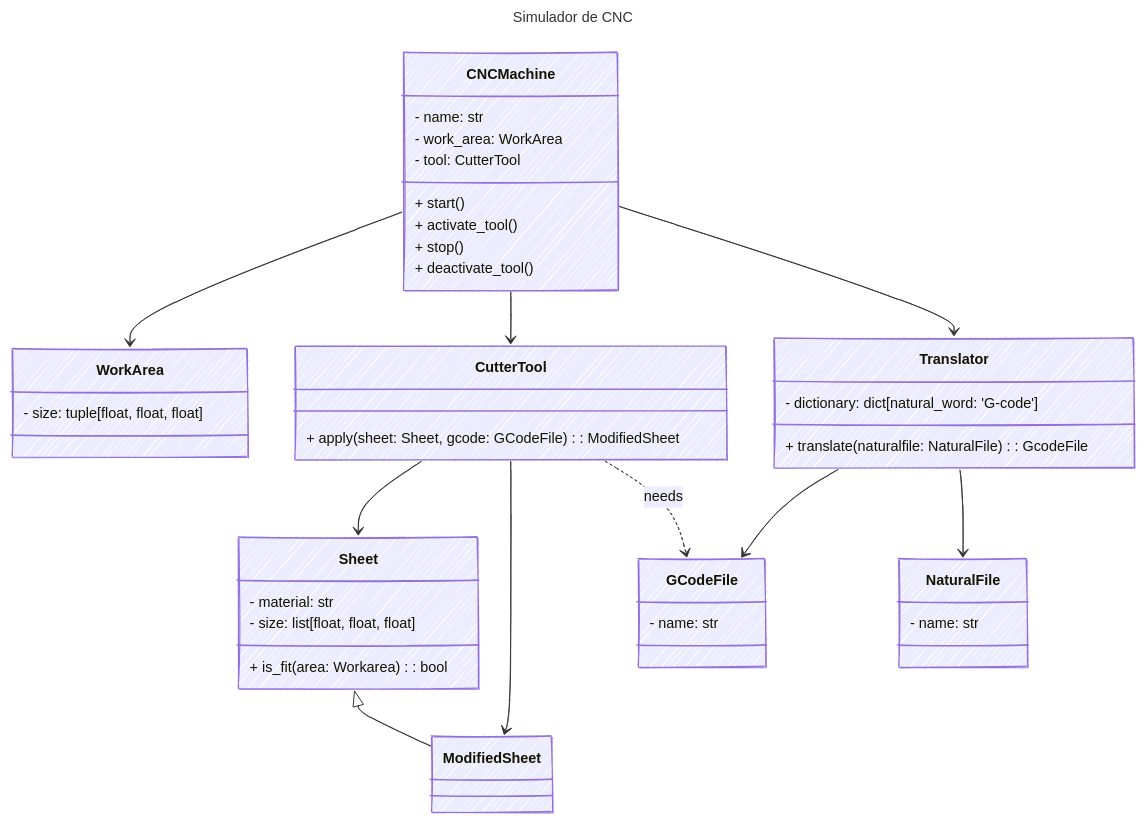
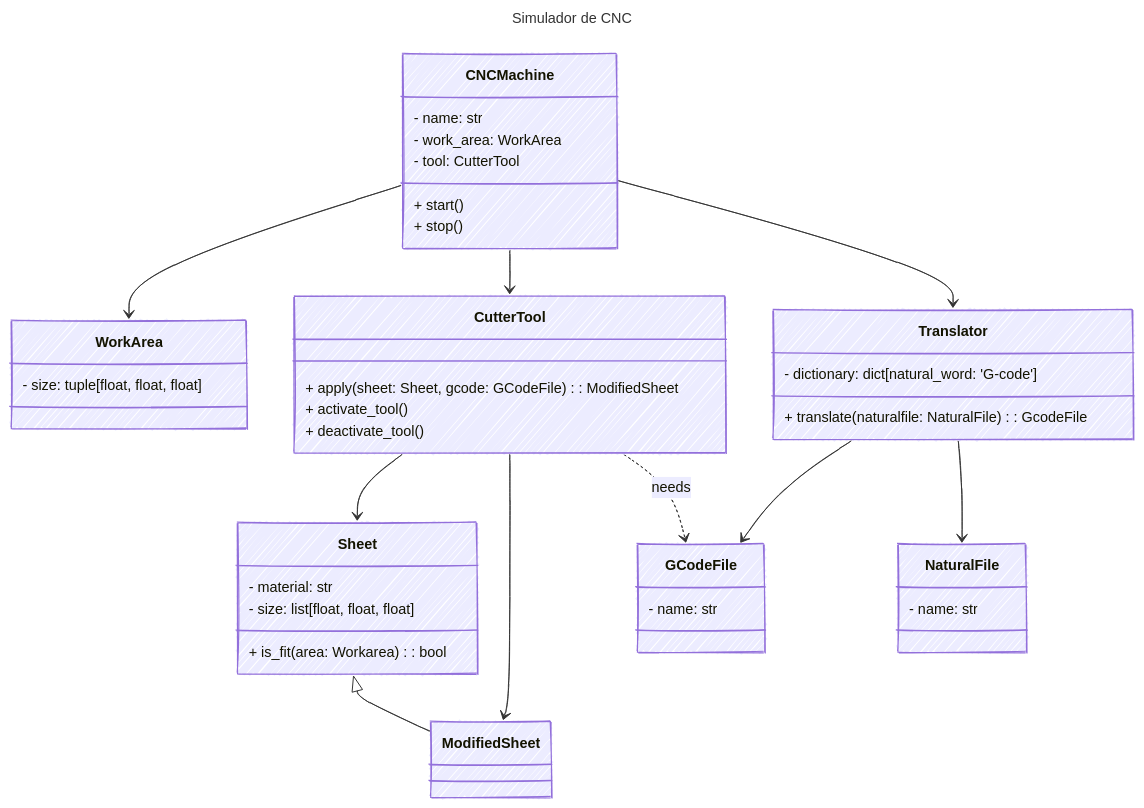
The diagram in README.md (11ZaidaG11/Proyecto-POO), drawn with Mermaid before and after one commit. The commit also changed other lines of this file, not shown here.

````diff
--- a/README.md
+++ b/README.md
@@ -79,53 +79,53 @@
 ```mermaid
 ---
 config:
   theme: default
   look: handDrawn
   layout: dagre
 title: Simulador de CNC
 ---
 classDiagram
 direction TB
     class WorkArea {
 	    - size: tuple[float, float, float]
     }
     class Sheet {
 	    - material: str
 	    - size: list[float, float, float]
 	    + is_fit(area: Workarea) : bool
     }
     class NaturalFile {
 	    - name: str
     }
     class Translator {
 	    - dictionary: dict[natural_word: 'G-code']
 	    + translate(naturalfile: NaturalFile) : GcodeFile
     }
     class GCodeFile {
 	    - name: str
     }
     class ModifiedSheet {
     }
     class CNCMachine {
 	    - name: str
 	    - work_area: WorkArea
 	    - tool: CutterTool
 	    + start()
-	    + activate_tool()
 	    + stop()
-	    + deactivate_tool()
     }
     class CutterTool {
 	    + apply(sheet: Sheet, gcode: GCodeFile) : ModifiedSheet
+	    + activate_tool()
+	    + deactivate_tool()
     }
 
     Sheet <|-- ModifiedSheet
     CNCMachine --> WorkArea
     CNCMachine --> CutterTool
     Translator --> GCodeFile
     Translator --> NaturalFile
     CNCMachine --> Translator
     CutterTool --> Sheet
     CutterTool --> ModifiedSheet
     CutterTool ..> GCodeFile : needs
 ```
````
